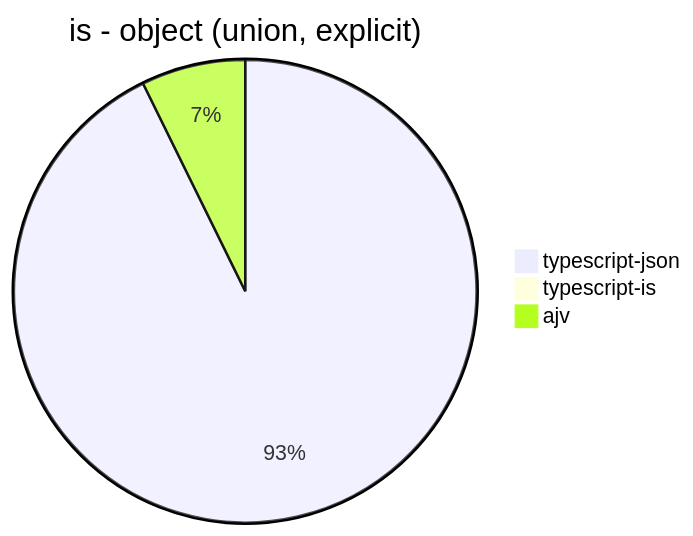
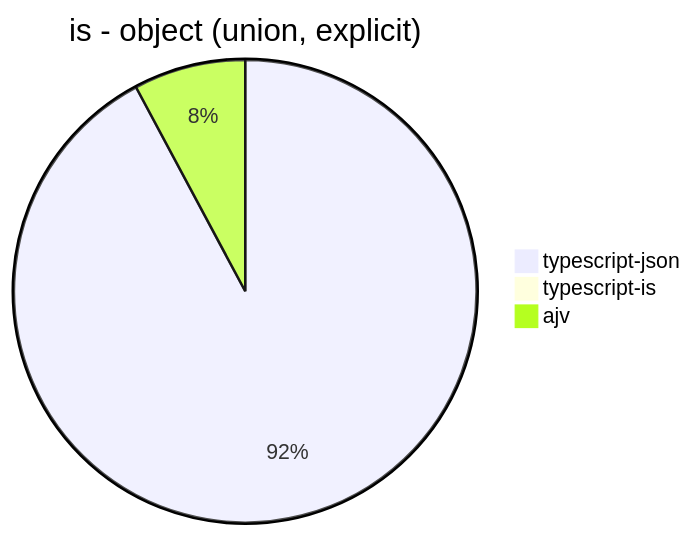
The ninth of 30 diagrams in benchmark/results/AMD Ryzen 7 5800H with Radeon Graphics         .md (samchon/typia), drawn with Mermaid before and after one commit. The commit also changed other lines of this file, not shown here.

````diff
--- a/benchmark/results/AMD Ryzen 7 5800H with Radeon Graphics         .md
+++ b/benchmark/results/AMD Ryzen 7 5800H with Radeon Graphics         .md
@@ -92,6 +92,6 @@
 ```mermaid
 pie title is - object (union, explicit)
-  "typescript-json": 16393.73271889401
+  "typescript-json": 13996.142542248346
   "typescript-is": 0
-  "ajv": 1286.504424778761
+  "ajv": 1187.6524676299493
 ```
````
